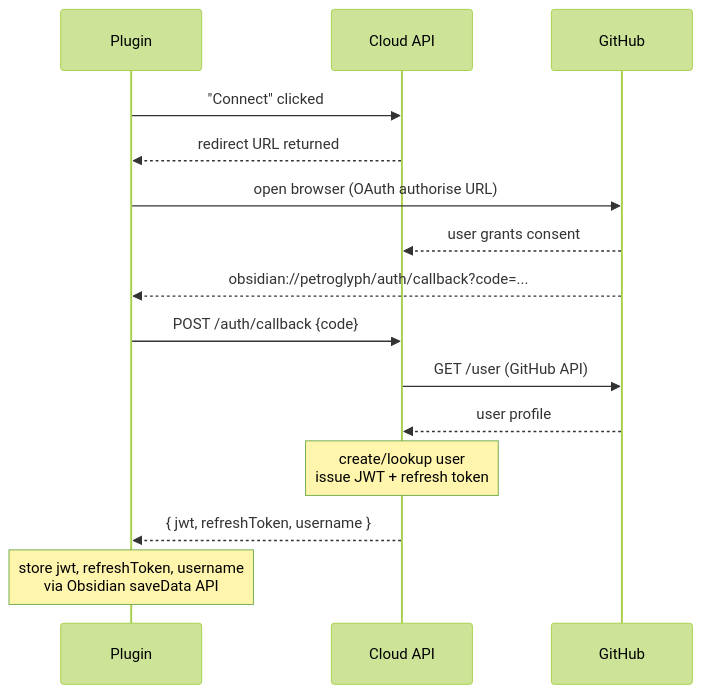
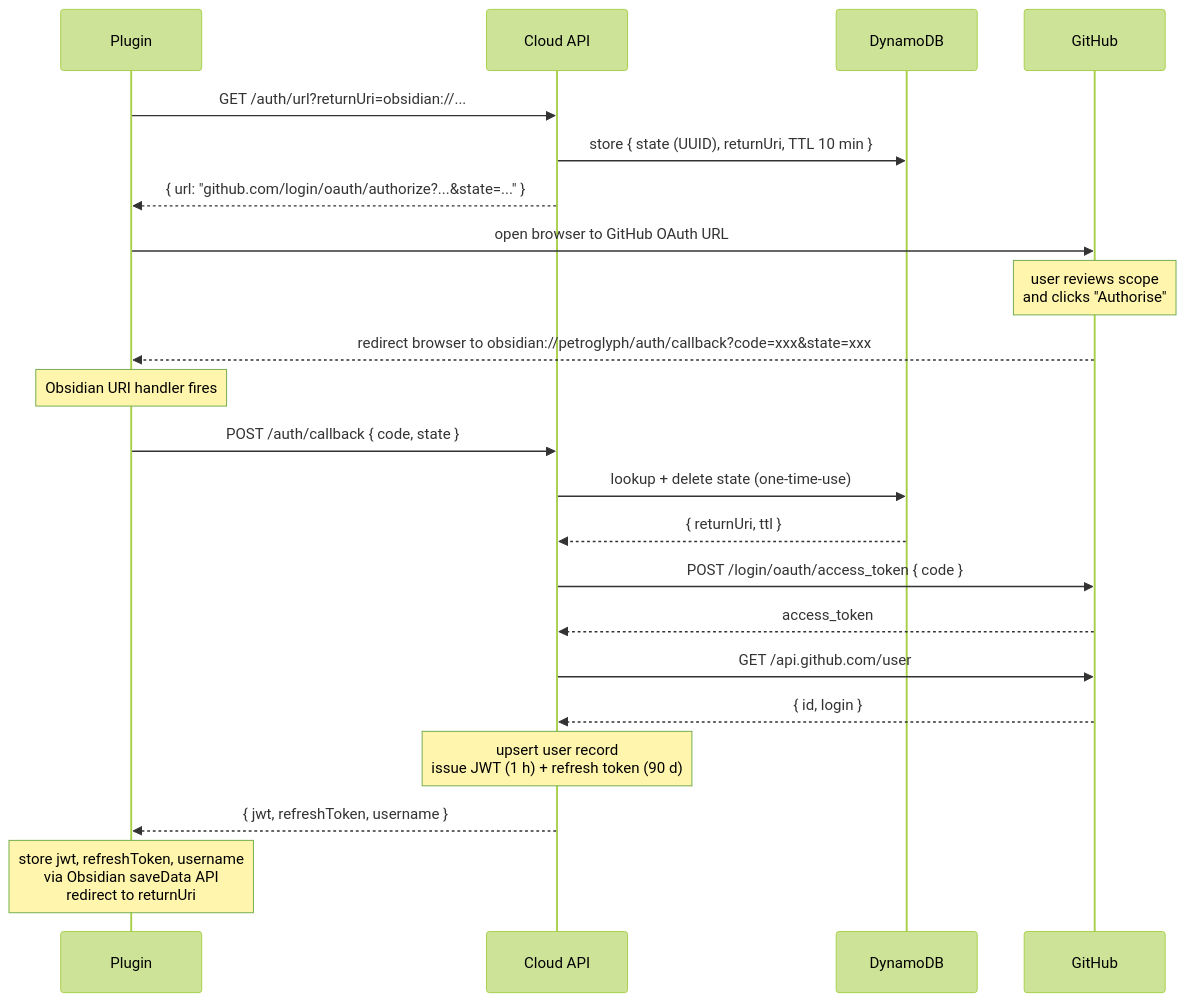
Before and after one commit to jaybeeuu/petroglyph: the first of 3 diagrams in docs/authentication.md, drawn with Mermaid (forest theme).

Commit message:
docs: expand GitHub OAuth sequence diagram with DynamoDB and returnUri
- Add DynamoDB participant to show state storage/retrieval
- Fix inaccurate arrow that implied GitHub calls back to Cloud API directly
- Show GitHub redirecting the browser to the Obsidian URI handler
- Show state lookup + deletion (one-time-use) on callback
- Show returnUri redirect at end of flow

````diff
--- a/docs/authentication.md
+++ b/docs/authentication.md
@@ -27,18 +27,28 @@
 ```mermaid
 sequenceDiagram
     participant Plugin
     participant CloudAPI as Cloud API
+    participant DynamoDB
     participant GitHub
 
-    Plugin->>CloudAPI: "Connect" clicked
-    CloudAPI-->>Plugin: redirect URL returned
-    Plugin->>GitHub: open browser (OAuth authorise URL)
-    GitHub-->>CloudAPI: user grants consent
-    GitHub-->>Plugin: obsidian://petroglyph/auth/callback?code=...
-    Plugin->>CloudAPI: POST /auth/callback {code}
-    CloudAPI->>GitHub: GET /user (GitHub API)
-    GitHub-->>CloudAPI: user profile
-    Note over CloudAPI: create/lookup user<br/>issue JWT + refresh token
+    Plugin->>CloudAPI: GET /auth/url?returnUri=obsidian://...
+    CloudAPI->>DynamoDB: store { state (UUID), returnUri, TTL 10 min }
+    CloudAPI-->>Plugin: { url: "github.com/login/oauth/authorize?...&state=..." }
+
+    Plugin->>GitHub: open browser to GitHub OAuth URL
+    Note over GitHub: user reviews scope<br/>and clicks "Authorise"
+    GitHub-->>Plugin: redirect browser to obsidian://petroglyph/auth/callback?code=xxx&state=xxx
+
+    Note over Plugin: Obsidian URI handler fires
+    Plugin->>CloudAPI: POST /auth/callback { code, state }
+    CloudAPI->>DynamoDB: lookup + delete state (one-time-use)
+    DynamoDB-->>CloudAPI: { returnUri, ttl }
+    CloudAPI->>GitHub: POST /login/oauth/access_token { code }
+    GitHub-->>CloudAPI: access_token
+    CloudAPI->>GitHub: GET /api.github.com/user
+    GitHub-->>CloudAPI: { id, login }
+    Note over CloudAPI: upsert user record<br/>issue JWT (1 h) + refresh token (90 d)
     CloudAPI-->>Plugin: { jwt, refreshToken, username }
-    Note over Plugin: store jwt, refreshToken, username<br/>via Obsidian saveData API
+
+    Note over Plugin: store jwt, refreshToken, username<br/>via Obsidian saveData API<br/>redirect to returnUri
 ```
````
